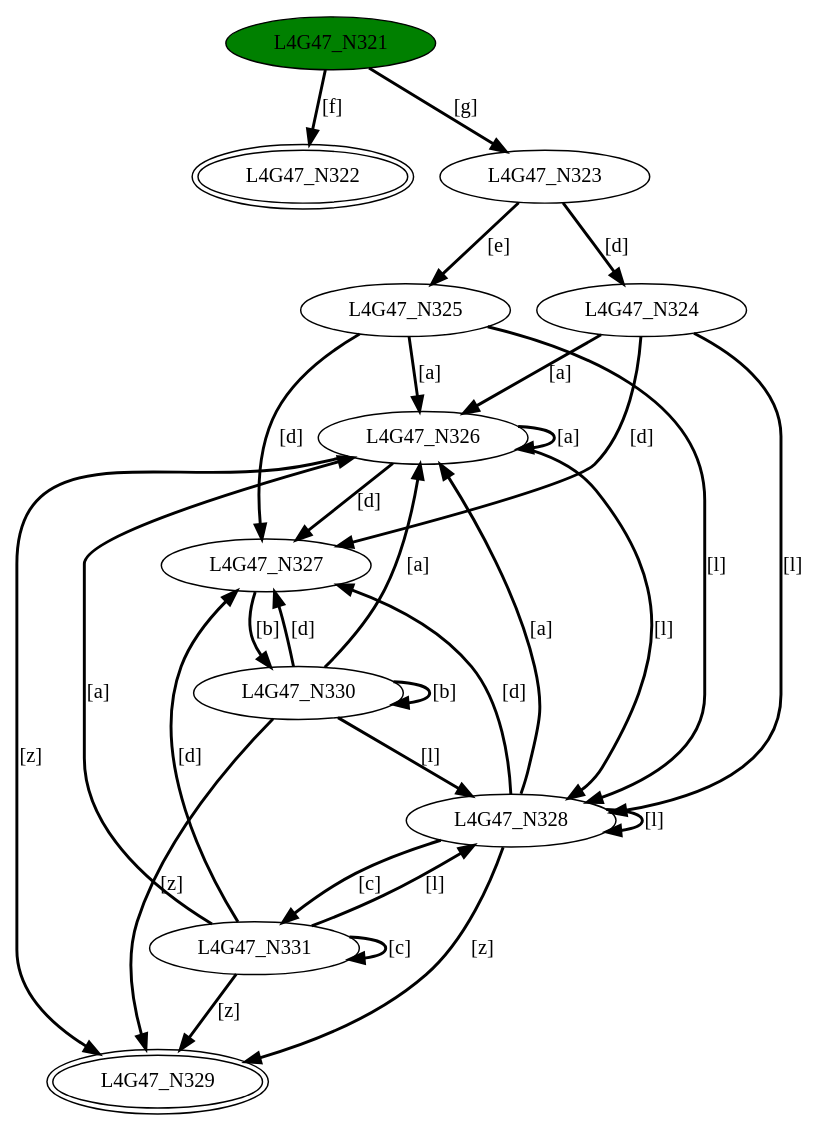
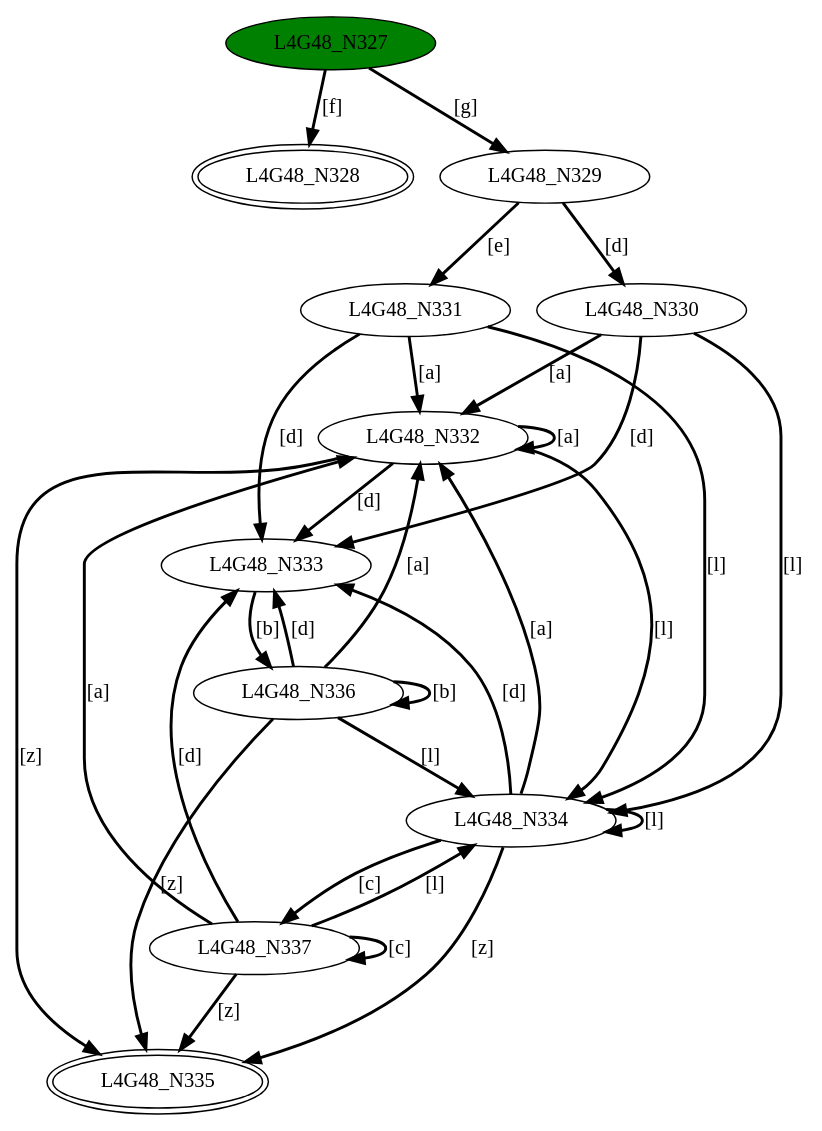
Before and after one commit to GDimitroulakos/EDUFLEX: the diagram in DFASimulator/Testbench/mergeDFA4.dot, drawn with Graphviz. The commit also changed 56 other files, not shown here.

Commit message:
Thompson Reporting graphs have been enchanced with closure color indication

```diff
--- a/DFASimulator/Testbench/mergeDFA4.dot
+++ b/DFASimulator/Testbench/mergeDFA4.dot
@@ -1,43 +1,43 @@
-digraph G47{
-"L4G47_N321" [style=filled,fillcolor=green];
-"L4G47_N322" [peripheries=2];
-"L4G47_N323";
-"L4G47_N324";
-"L4G47_N325";
-"L4G47_N326";
-"L4G47_N327";
-"L4G47_N328";
-"L4G47_N329" [peripheries=2];
-"L4G47_N330";
-"L4G47_N331";
-"L4G47_N321"->"L4G47_N322" [style = bold, label = "[f]"];
-"L4G47_N321"->"L4G47_N323" [style = bold, label = "[g]"];
-"L4G47_N323"->"L4G47_N324" [style = bold, label = "[d]"];
-"L4G47_N323"->"L4G47_N325" [style = bold, label = "[e]"];
-"L4G47_N324"->"L4G47_N326" [style = bold, label = "[a]"];
-"L4G47_N324"->"L4G47_N327" [style = bold, label = "[d]"];
-"L4G47_N324"->"L4G47_N328" [style = bold, label = "[l]"];
-"L4G47_N325"->"L4G47_N326" [style = bold, label = "[a]"];
-"L4G47_N325"->"L4G47_N327" [style = bold, label = "[d]"];
-"L4G47_N325"->"L4G47_N328" [style = bold, label = "[l]"];
-"L4G47_N326"->"L4G47_N326" [style = bold, label = "[a]"];
-"L4G47_N326"->"L4G47_N327" [style = bold, label = "[d]"];
-"L4G47_N326"->"L4G47_N328" [style = bold, label = "[l]"];
-"L4G47_N326"->"L4G47_N329" [style = bold, label = "[z]"];
-"L4G47_N327"->"L4G47_N330" [style = bold, label = "[b]"];
-"L4G47_N328"->"L4G47_N326" [style = bold, label = "[a]"];
-"L4G47_N328"->"L4G47_N331" [style = bold, label = "[c]"];
-"L4G47_N328"->"L4G47_N327" [style = bold, label = "[d]"];
-"L4G47_N328"->"L4G47_N328" [style = bold, label = "[l]"];
-"L4G47_N328"->"L4G47_N329" [style = bold, label = "[z]"];
-"L4G47_N330"->"L4G47_N326" [style = bold, label = "[a]"];
-"L4G47_N330"->"L4G47_N330" [style = bold, label = "[b]"];
-"L4G47_N330"->"L4G47_N327" [style = bold, label = "[d]"];
-"L4G47_N330"->"L4G47_N328" [style = bold, label = "[l]"];
-"L4G47_N330"->"L4G47_N329" [style = bold, label = "[z]"];
-"L4G47_N331"->"L4G47_N326" [style = bold, label = "[a]"];
-"L4G47_N331"->"L4G47_N331" [style = bold, label = "[c]"];
-"L4G47_N331"->"L4G47_N327" [style = bold, label = "[d]"];
-"L4G47_N331"->"L4G47_N328" [style = bold, label = "[l]"];
-"L4G47_N331"->"L4G47_N329" [style = bold, label = "[z]"];
+digraph G48{
+"L4G48_N327" [style=filled,fillcolor=green];
+"L4G48_N328" [peripheries=2];
+"L4G48_N329";
+"L4G48_N330";
+"L4G48_N331";
+"L4G48_N332";
+"L4G48_N333";
+"L4G48_N334";
+"L4G48_N335" [peripheries=2];
+"L4G48_N336";
+"L4G48_N337";
+"L4G48_N327"->"L4G48_N328" [style = bold, label = "[f]"];
+"L4G48_N327"->"L4G48_N329" [style = bold, label = "[g]"];
+"L4G48_N329"->"L4G48_N330" [style = bold, label = "[d]"];
+"L4G48_N329"->"L4G48_N331" [style = bold, label = "[e]"];
+"L4G48_N330"->"L4G48_N332" [style = bold, label = "[a]"];
+"L4G48_N330"->"L4G48_N333" [style = bold, label = "[d]"];
+"L4G48_N330"->"L4G48_N334" [style = bold, label = "[l]"];
+"L4G48_N331"->"L4G48_N332" [style = bold, label = "[a]"];
+"L4G48_N331"->"L4G48_N333" [style = bold, label = "[d]"];
+"L4G48_N331"->"L4G48_N334" [style = bold, label = "[l]"];
+"L4G48_N332"->"L4G48_N332" [style = bold, label = "[a]"];
+"L4G48_N332"->"L4G48_N333" [style = bold, label = "[d]"];
+"L4G48_N332"->"L4G48_N334" [style = bold, label = "[l]"];
+"L4G48_N332"->"L4G48_N335" [style = bold, label = "[z]"];
+"L4G48_N333"->"L4G48_N336" [style = bold, label = "[b]"];
+"L4G48_N334"->"L4G48_N332" [style = bold, label = "[a]"];
+"L4G48_N334"->"L4G48_N337" [style = bold, label = "[c]"];
+"L4G48_N334"->"L4G48_N333" [style = bold, label = "[d]"];
+"L4G48_N334"->"L4G48_N334" [style = bold, label = "[l]"];
+"L4G48_N334"->"L4G48_N335" [style = bold, label = "[z]"];
+"L4G48_N336"->"L4G48_N332" [style = bold, label = "[a]"];
+"L4G48_N336"->"L4G48_N336" [style = bold, label = "[b]"];
+"L4G48_N336"->"L4G48_N333" [style = bold, label = "[d]"];
+"L4G48_N336"->"L4G48_N334" [style = bold, label = "[l]"];
+"L4G48_N336"->"L4G48_N335" [style = bold, label = "[z]"];
+"L4G48_N337"->"L4G48_N332" [style = bold, label = "[a]"];
+"L4G48_N337"->"L4G48_N337" [style = bold, label = "[c]"];
+"L4G48_N337"->"L4G48_N333" [style = bold, label = "[d]"];
+"L4G48_N337"->"L4G48_N334" [style = bold, label = "[l]"];
+"L4G48_N337"->"L4G48_N335" [style = bold, label = "[z]"];
 }
```
